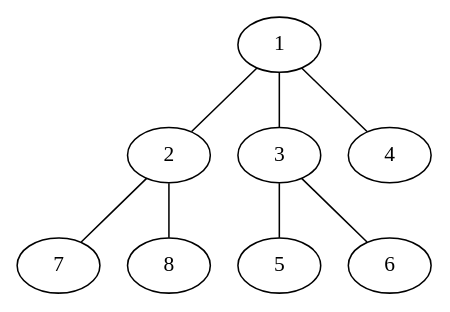
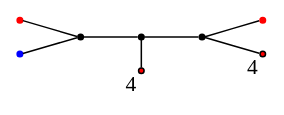
The diagram in graph/modSL2_index10_19.dot (vendramin/subgroups), drawn with Graphviz before and after one commit. The commit also changed 73 other files, not shown here.

Commit message:
Graphs (up to index 10)

```diff
--- a/graph/modSL2_index10_19.dot
+++ b/graph/modSL2_index10_19.dot
@@ -1,9 +1,15 @@
 graph diagram {
-1 -- 2;
-1 -- 3;
-1 -- 4;
-2 -- 7;
-2 -- 8;
-3 -- 5;
-3 -- 6;
+node [shape=point,color=black];
+rankdir = LR;
+subgraph subdiagram {
+2 -- 1 -- 3;
 }
+{5,6} -- 2;
+{rank=same;1 -- 4};
+3 -- {8,7};
+4 [fillcolor=red,xlabel=4];
+5 [color=red];
+6 [color=blue];
+7 [fillcolor=red,xlabel=4];
+8 [color=red];
+}
```
